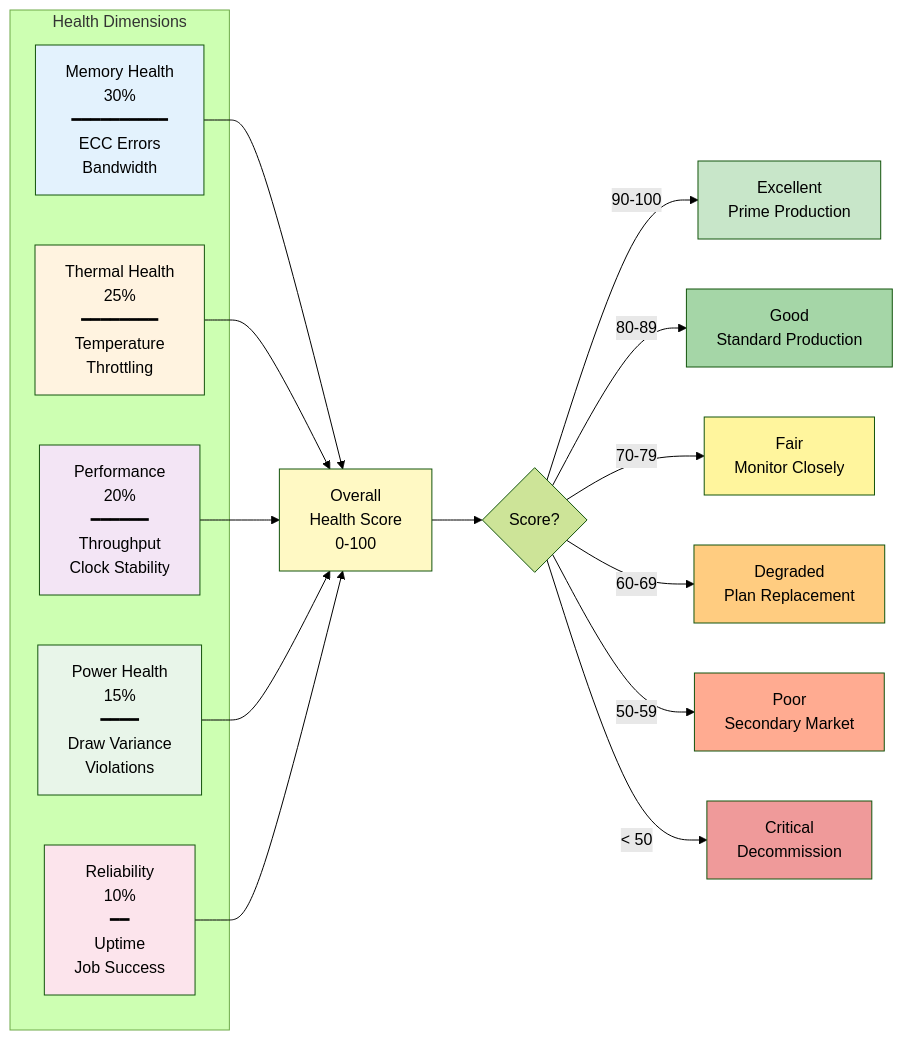
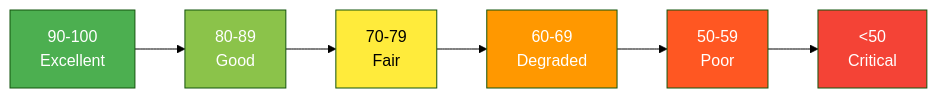
The second of 3 diagrams in README.md (SolidRegardless/gpu-health-monitor), drawn with Mermaid (forest theme) before and after one commit. The commit also changed other lines of this file and 70 other files, not shown here.

First line of the commit message:
Restore README.md structure with Mermaid diagrams

````diff
--- a/README.md
+++ b/README.md
@@ -153,37 +147,11 @@
 ```mermaid
 graph LR
-    subgraph "Health Dimensions"
-        M[Memory Health<br/>30%<br/>━━━━━━━━━━<br/>ECC Errors<br/>Bandwidth]
-        T[Thermal Health<br/>25%<br/>━━━━━━━━<br/>Temperature<br/>Throttling]
-        Perf[Performance<br/>20%<br/>━━━━━━<br/>Throughput<br/>Clock Stability]
-        P[Power Health<br/>15%<br/>━━━━<br/>Draw Variance<br/>Violations]
-        R[Reliability<br/>10%<br/>━━<br/>Uptime<br/>Job Success]
-    end
+    A[90-100<br/>Excellent] --> B[80-89<br/>Good] --> C[70-79<br/>Fair] --> D[60-69<br/>Degraded] --> E[50-59<br/>Poor] --> F[<50<br/>Critical]
     
-    M --> Overall[Overall<br/>Health Score<br/>0-100]
-    T --> Overall
-    Perf --> Overall
-    P --> Overall
-    R --> Overall
-    
-    Overall --> Decision{Score?}
-    Decision -->|90-100| Excellent[Excellent<br/>Prime Production]
-    Decision -->|80-89| Good[Good<br/>Standard Production]
-    Decision -->|70-79| Fair[Fair<br/>Monitor Closely]
-    Decision -->|60-69| Degraded[Degraded<br/>Plan Replacement]
-    Decision -->|50-59| Poor[Poor<br/>Secondary Market]
-    Decision -->|< 50| Critical[Critical<br/>Decommission]
-    
-    style M fill:#e3f2fd
-    style T fill:#fff3e0
-    style Perf fill:#f3e5f5
-    style P fill:#e8f5e9
-    style R fill:#fce4ec
-    style Overall fill:#fff9c4
-    style Excellent fill:#c8e6c9
-    style Good fill:#a5d6a7
-    style Fair fill:#fff59d
-    style Degraded fill:#ffcc80
-    style Poor fill:#ffab91
-    style Critical fill:#ef9a9a
+    style A fill:#4caf50,color:#fff
+    style B fill:#8bc34a,color:#fff
+    style C fill:#ffeb3b,color:#000
+    style D fill:#ff9800,color:#fff
+    style E fill:#ff5722,color:#fff
+    style F fill:#f44336,color:#fff
 ```
````
